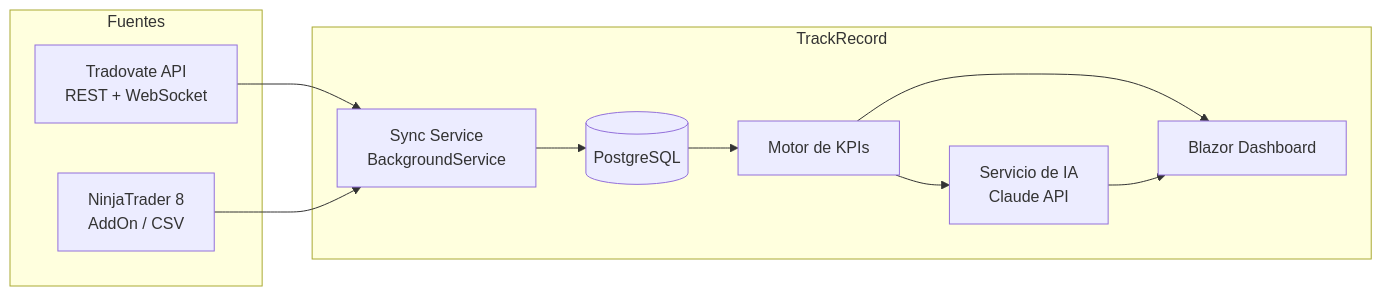
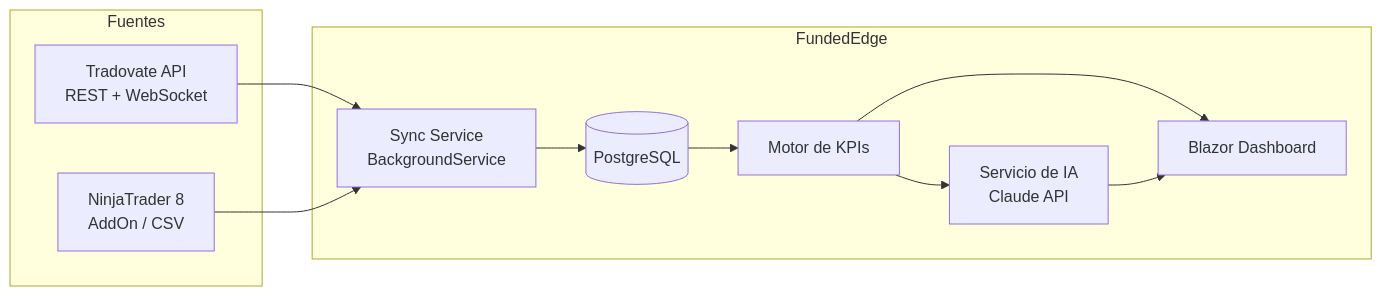
One commit to fundedEdgeTrading/FundedEdge changed the first of 2 diagrams in GUIA_IMPLEMENTACION.md. Above: the diagram before and after it, drawn with Mermaid. The commit also changed other lines of this file and 555 other files, not shown here.

Commit message:
Rebrand solution and projects from TrackRecord to FundedEdge

````diff
--- a/GUIA_IMPLEMENTACION.md
+++ b/GUIA_IMPLEMENTACION.md
@@ -91,21 +91,21 @@
 ```mermaid
 flowchart LR
     subgraph Fuentes
         TV[Tradovate API<br/>REST + WebSocket]
         NT[NinjaTrader 8<br/>AddOn / CSV]
     end
-    subgraph TrackRecord
+    subgraph FundedEdge
         SYNC[Sync Service<br/>BackgroundService]
         DB[(PostgreSQL)]
         KPI[Motor de KPIs]
         AI[Servicio de IA<br/>Claude API]
         UI[Blazor Dashboard]
     end
     TV --> SYNC
     NT --> SYNC
     SYNC --> DB
     DB --> KPI
     KPI --> UI
     KPI --> AI
     AI --> UI
 ```
````
